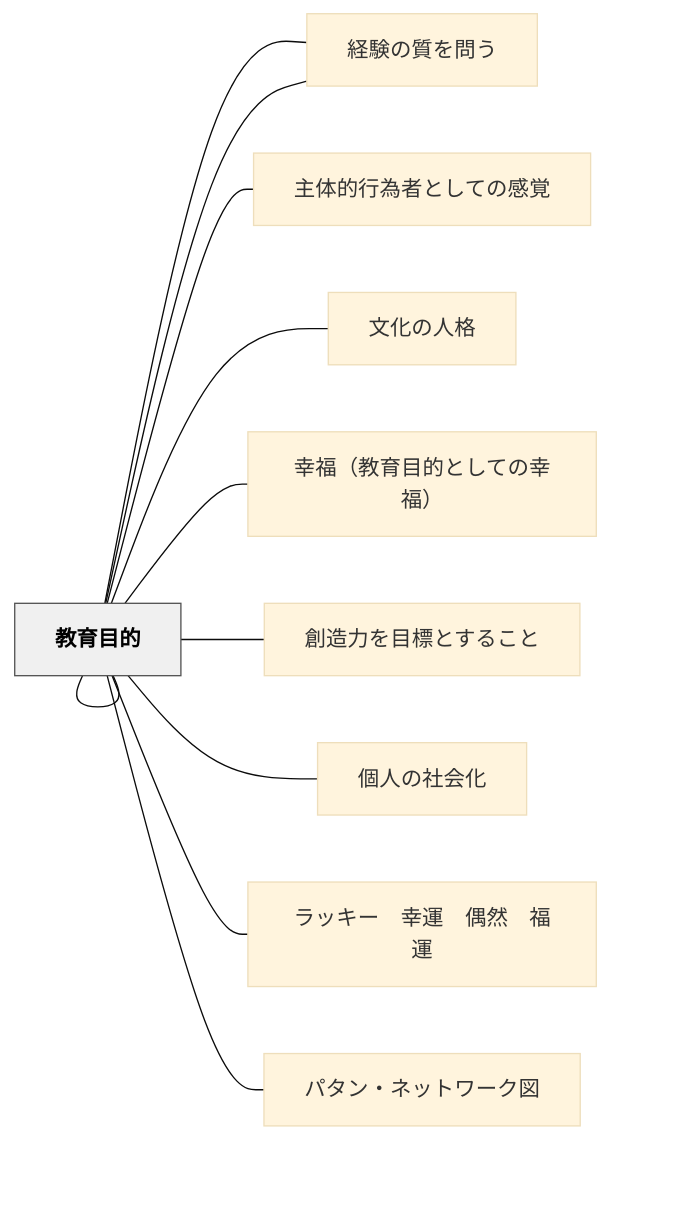
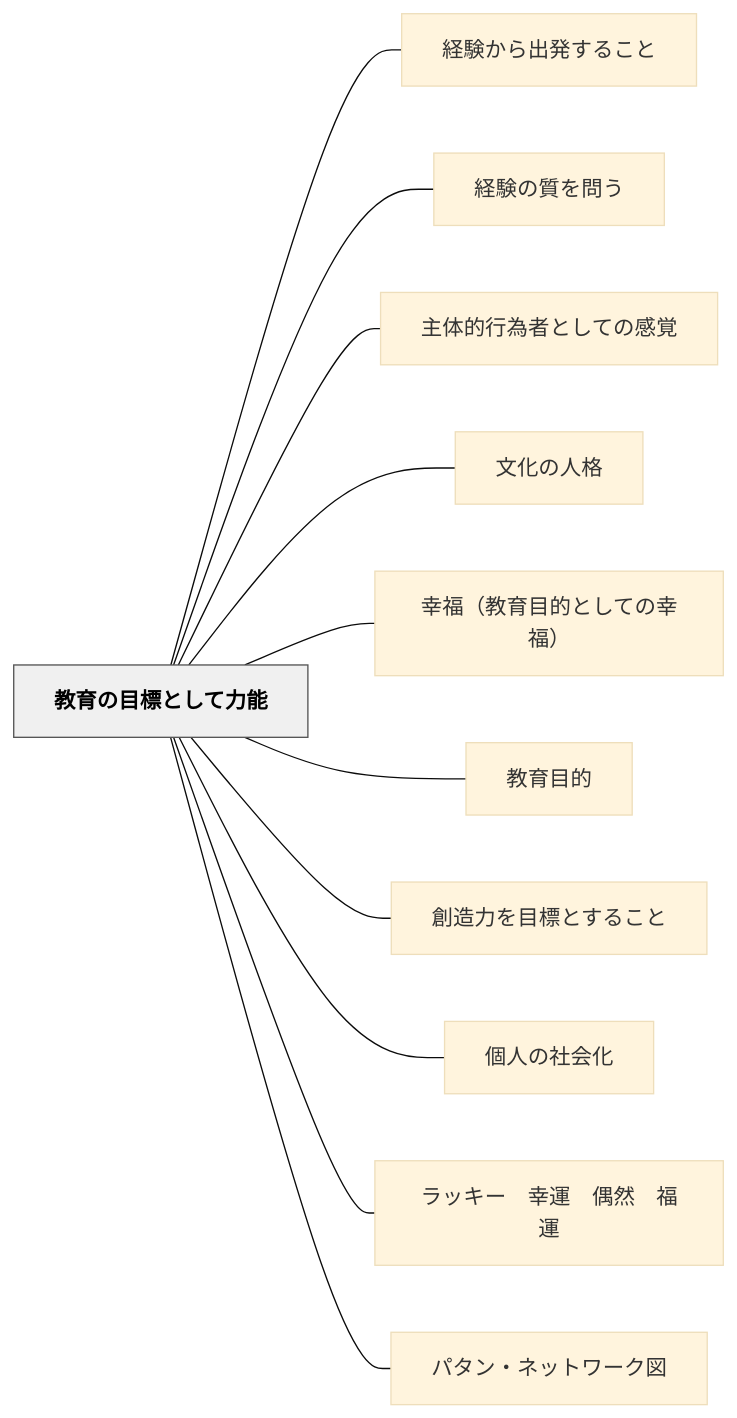
The diagram in content/パタン/教育の目標として力能.md (unknownthings-ed-patterns/unknownthings-ed-patterns), drawn with Mermaid (base theme) before and after one commit. The commit also changed 527 other files, not shown here.

````diff
--- a/content/パタン/教育の目標として力能.md
+++ b/content/パタン/教育の目標として力能.md
@@ -122,28 +122,28 @@
 ```mermaid
 flowchart LR
-    ne69599e882b2["教育の目標として力能"]
-    ne7b58ce9a893["経験から出発すること"]
-    ne7b58ce9a893["経験の質を問う"]
-    ne4b8bbe4bd93["主体的行為者としての感覚"]
-    ne69687e58c96["文化の人格"]
-    ne5b9b8e7a68f["幸福（教育目的としての幸福）"]
-    ne69599e882b2["教育目的"]
-    ne589b5e980a0["創造力を目標とすること"]
-    ne5808be4baba["個人の社会化"]
-    ne383a9e38383["ラッキー　幸運　偶然　福運"]
-    ne38391e382bf["パタン・ネットワーク図"]
+    ne69599e882b2e381aee79baee6a899e381a8e38197e381a6e58a9be883bd["教育の目標として力能"]
+    ne7b58ce9a893e3818be38289e587bae799bae38199e3828be38193e381a8["経験から出発すること"]
+    ne7b58ce9a893e381aee8b3aae38292e5958fe38186["経験の質を問う"]
+    ne4b8bbe4bd93e79a84e8a18ce782bae88085e381a8e38197e381a6e381aee6849fe8a69a["主体的行為者としての感覚"]
+    ne69687e58c96e381aee4babae6a0bc["文化の人格"]
+    ne5b9b8e7a68fefbc88e69599e882b2e79baee79a84e381a8e38197e381a6e381aee5b9b8e7a68fefbc89["幸福（教育目的としての幸福）"]
+    ne69599e882b2e79baee79a84["教育目的"]
+    ne589b5e980a0e58a9be38292e79baee6a899e381a8e38199e3828be38193e381a8["創造力を目標とすること"]
+    ne5808be4babae381aee7a4bee4bc9ae58c96["個人の社会化"]
+    ne383a9e38383e382ade383bce38080e5b9b8e9818be38080e581b6e784b6e38080e7a68fe9818b["ラッキー　幸運　偶然　福運"]
+    ne38391e382bfe383b3e383bbe3838de38383e38388e383afe383bce382afe59bb3["パタン・ネットワーク図"]
 
-    ne69599e882b2 --- ne7b58ce9a893
-    ne69599e882b2 --- ne7b58ce9a893
-    ne69599e882b2 --- ne4b8bbe4bd93
-    ne69599e882b2 --- ne69687e58c96
-    ne69599e882b2 --- ne5b9b8e7a68f
-    ne69599e882b2 --- ne69599e882b2
-    ne69599e882b2 --- ne589b5e980a0
-    ne69599e882b2 --- ne5808be4baba
-    ne69599e882b2 --- ne383a9e38383
-    ne69599e882b2 --- ne38391e382bf
+    ne69599e882b2e381aee79baee6a899e381a8e38197e381a6e58a9be883bd --- ne7b58ce9a893e3818be38289e587bae799bae38199e3828be38193e381a8
+    ne69599e882b2e381aee79baee6a899e381a8e38197e381a6e58a9be883bd --- ne7b58ce9a893e381aee8b3aae38292e5958fe38186
+    ne69599e882b2e381aee79baee6a899e381a8e38197e381a6e58a9be883bd --- ne4b8bbe4bd93e79a84e8a18ce782bae88085e381a8e38197e381a6e381aee6849fe8a69a
+    ne69599e882b2e381aee79baee6a899e381a8e38197e381a6e58a9be883bd --- ne69687e58c96e381aee4babae6a0bc
+    ne69599e882b2e381aee79baee6a899e381a8e38197e381a6e58a9be883bd --- ne5b9b8e7a68fefbc88e69599e882b2e79baee79a84e381a8e38197e381a6e381aee5b9b8e7a68fefbc89
+    ne69599e882b2e381aee79baee6a899e381a8e38197e381a6e58a9be883bd --- ne69599e882b2e79baee79a84
+    ne69599e882b2e381aee79baee6a899e381a8e38197e381a6e58a9be883bd --- ne589b5e980a0e58a9be38292e79baee6a899e381a8e38199e3828be38193e381a8
+    ne69599e882b2e381aee79baee6a899e381a8e38197e381a6e58a9be883bd --- ne5808be4babae381aee7a4bee4bc9ae58c96
+    ne69599e882b2e381aee79baee6a899e381a8e38197e381a6e58a9be883bd --- ne383a9e38383e382ade383bce38080e5b9b8e9818be38080e581b6e784b6e38080e7a68fe9818b
+    ne69599e882b2e381aee79baee6a899e381a8e38197e381a6e58a9be883bd --- ne38391e382bfe383b3e383bbe3838de38383e38388e383afe383bce382afe59bb3
 
     classDef hub fill:#f0f0f0,stroke:#555,color:#000,font-weight:bold
-    class ne69599e882b2 hub
+    class ne69599e882b2e381aee79baee6a899e381a8e38197e381a6e58a9be883bd hub
 ```
````
